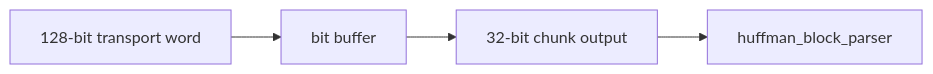
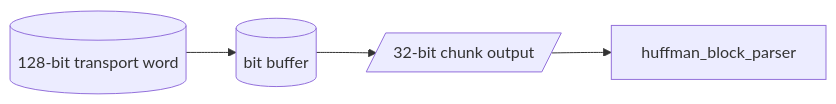
Before and after one commit to ngoquocan139/AES_huffman_all6: the diagram in docs/bit_depacker_128_spec.md, drawn with Mermaid. The commit also changed 28 other files, not shown here.

````diff
--- a/docs/bit_depacker_128_spec.md
+++ b/docs/bit_depacker_128_spec.md
@@ -35,6 +35,6 @@
 ```mermaid
 flowchart LR
-  TW["128-bit transport word"] --> BUF["bit buffer"]
-  BUF --> CHK["32-bit chunk output"]
+  TW[("128-bit transport word")] --> BUF[("bit buffer")]
+  BUF --> CHK[/"32-bit chunk output"/]
   CHK --> PAR["huffman_block_parser"]
 ```
````
